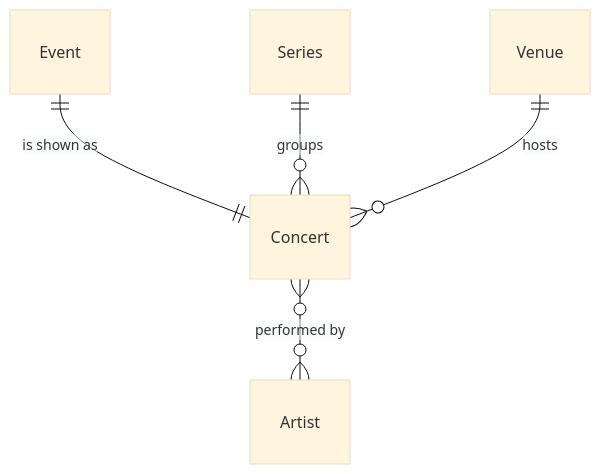
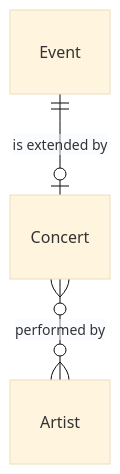
The diagram in openspec/specs/components/entity/concert/spec.md (liverty-music/specification), drawn with Mermaid (base theme) before and after one commit. The commit also changed other lines of this file and 12 other files, not shown here.

First line of the commit message:
docs(openspec): propose split-concert-from-event

````diff
--- a/openspec/specs/components/entity/concert/spec.md
+++ b/openspec/specs/components/entity/concert/spec.md
@@ -18,7 +13,5 @@
 ```mermaid
 erDiagram
-  Event ||--|| Concert : "is shown as"
-  Series ||--o{ Concert : "groups"
-  Venue ||--o{ Concert : "hosts"
+  Event ||--o| Concert : "is extended by"
   Concert }o--o{ Artist : "performed by"
 ```
````
